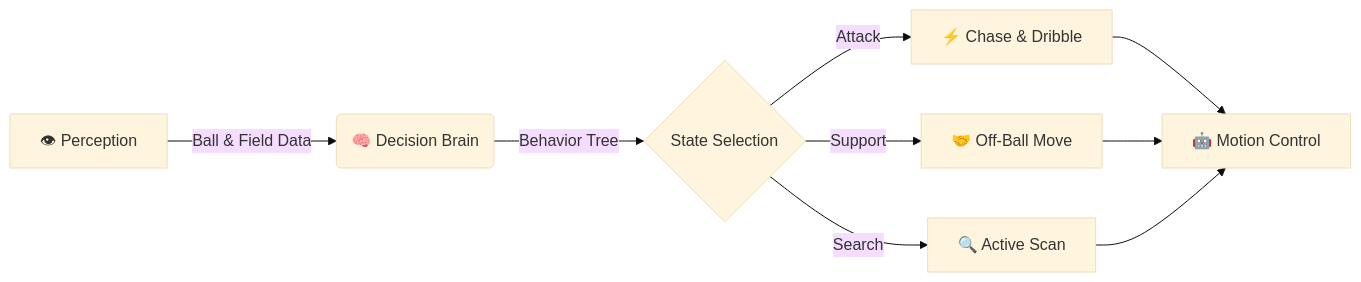
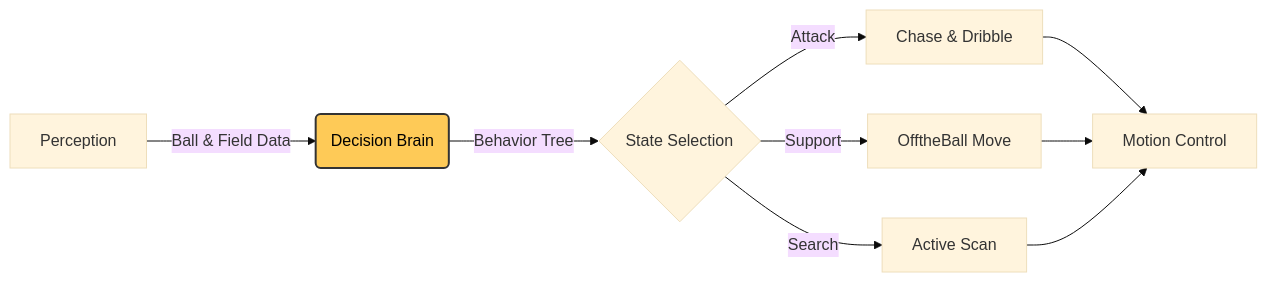
The diagram in README.md (Inha-united-soccer/INHA_Defender), drawn with Mermaid (base theme) before and after one commit. The commit also changed other lines of this file, not shown here.

````diff
--- a/README.md
+++ b/README.md
@@ -51,12 +51,15 @@
 ```mermaid
 graph LR
-    A[👁 Perception] -->|Ball & Field Data| B(🧠 Decision Brain)
+    A[Perception] -->|Ball & Field Data| B(Decision Brain)
+    
     B -->|Behavior Tree| C{State Selection}
-    C -->|Attack| D[⚡ Chase & Dribble]
-    C -->|Support| E[🤝 Off-Ball Move]
-    C -->|Search| F[🔍 Active Scan]
+    C -->|Attack| D[Chase & Dribble]
+    C -->|Support| E[OfftheBall Move]
+    C -->|Search| F[Active Scan]
     
-    D --> G[🤖 Motion Control]
+    D --> G[Motion Control]
     E --> G
     F --> G
+
+    style B fill:#feca57,stroke:#333,stroke-width:2px,color:black
 ```
````
